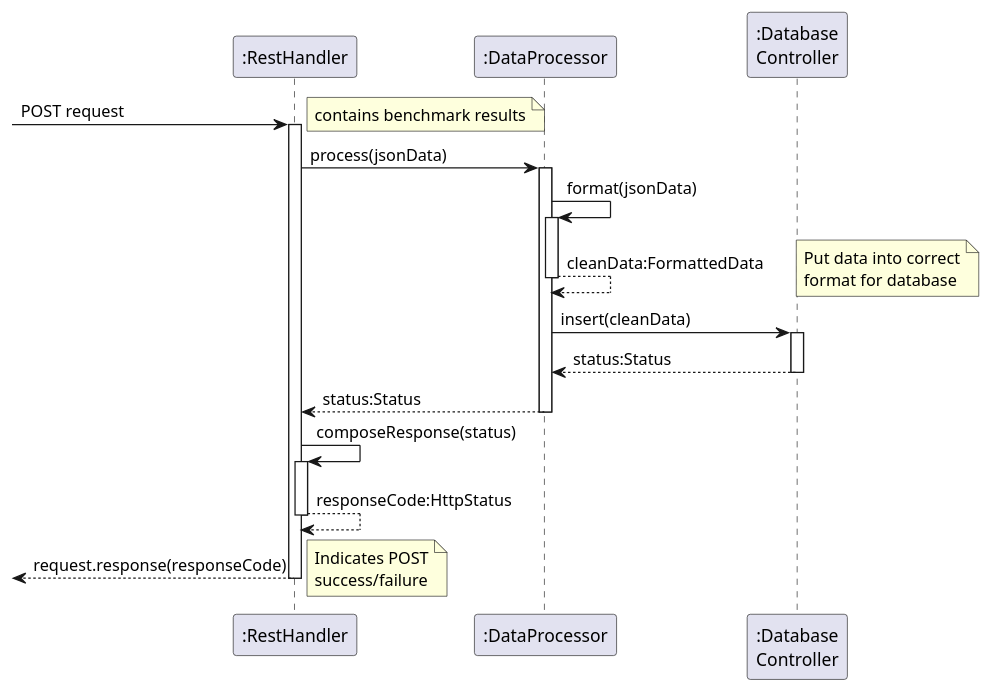
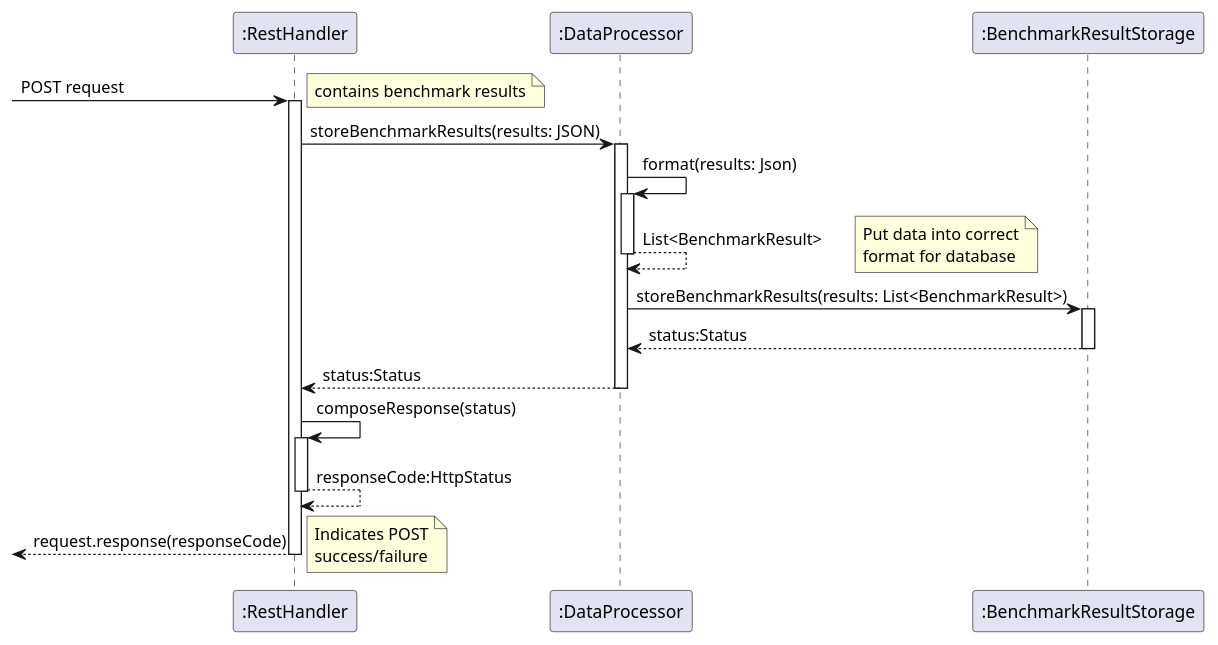
Before and after one commit to pse-parkview/Parkview: the diagram in Design/plantuml/FR4.puml, drawn with PlantUML. The commit also changed 1 other file, not shown here.

```diff
--- a/Design/plantuml/FR4.puml
+++ b/Design/plantuml/FR4.puml
@@ -1,27 +1,28 @@
 @startuml fr4
 
 participant ":RestHandler" as rh
 participant ":DataProcessor" as dp
-participant ":Database\nController" as db
+participant ":BenchmarkResultStorage" as db
 
 [-> rh ++: POST request
 note left: contains benchmark results
 
-rh -> dp ++: process(jsonData)
+rh -> dp ++: storeBenchmarkResults(results: JSON)
 
-dp -> dp ++: format(jsonData)
-return cleanData:FormattedData
+dp -> dp ++: format(results: Json)
+dp --> dp --: List<BenchmarkResult>
+
 note right: Put data into correct\nformat for database
 
-dp -> db ++: insert(cleanData)
+dp -> db ++: storeBenchmarkResults(results: List<BenchmarkResult>)
 return status:Status
 
 return status:Status
 
 rh -> rh ++: composeResponse(status)
 return responseCode:HttpStatus
 
 [<-- rh --: request.response(responseCode)
 note left: Indicates POST\nsuccess/failure
 
 @enduml
```
